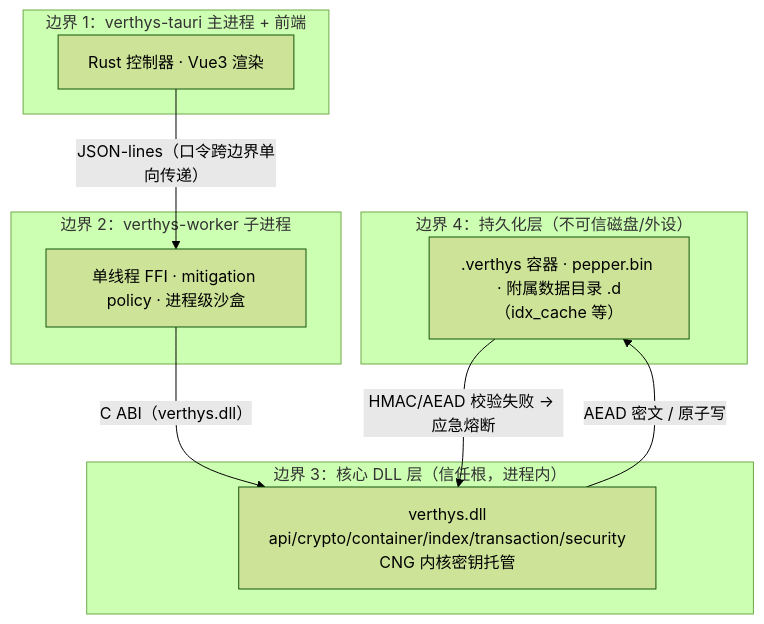
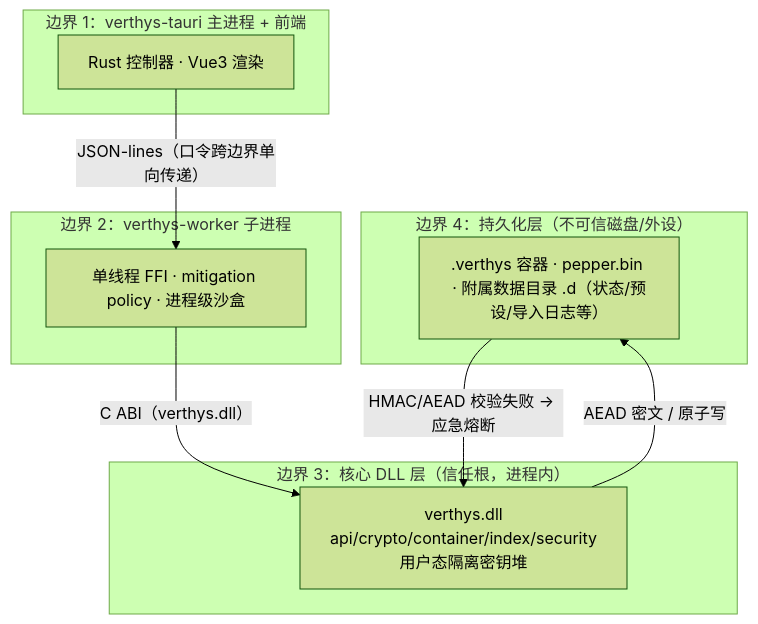
The first of 3 diagrams in docs/SECURITY_DESIGN.md (K1Super/Verthys), drawn with Mermaid (forest theme) before and after one commit. The commit also changed other lines of this file and 583 other files, not shown here.

````diff
--- a/docs/SECURITY_DESIGN.md
+++ b/docs/SECURITY_DESIGN.md
@@ -13,19 +13,19 @@
 ```mermaid
 flowchart TB
     subgraph T4["边界 4：持久化层（不可信磁盘/外设）"]
-        V[" .verthys 容器 · pepper.bin · 附属数据目录 .d（idx_cache 等）"]
+        V[" .verthys 容器 · pepper.bin · 附属数据目录 .d（状态/预设/导入日志等）"]
     end
     subgraph T3["边界 3：核心 DLL 层（信任根，进程内）"]
-        C["verthys.dll<br/>api/crypto/container/index/transaction/security<br/>CNG 内核密钥托管"]
+        C["verthys.dll<br/>api/crypto/container/index/security<br/>用户态隔离密钥堆"]
     end
     subgraph T2["边界 2：verthys-worker 子进程"]
         W["单线程 FFI · mitigation policy · 进程级沙盒"]
     end
     subgraph T1["边界 1：verthys-tauri 主进程 + 前端"]
         M["Rust 控制器 · Vue3 渲染"]
     end
     M -->|"JSON-lines（口令跨边界单向传递）"| W
     W -->|"C ABI（verthys.dll）"| C
     C -->|"AEAD 密文 / 原子写"| V
     V -->|"HMAC/AEAD 校验失败 → 应急熔断"| C
 ```
````
